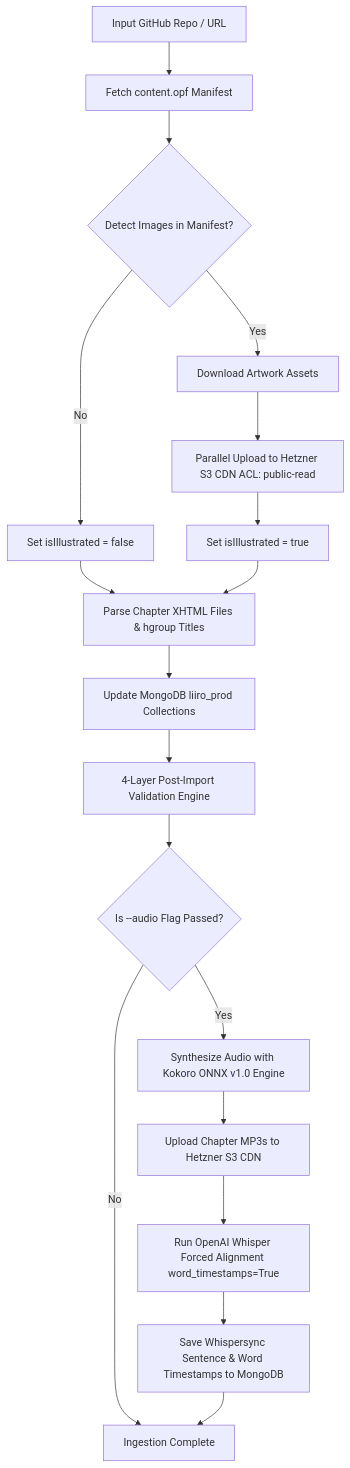
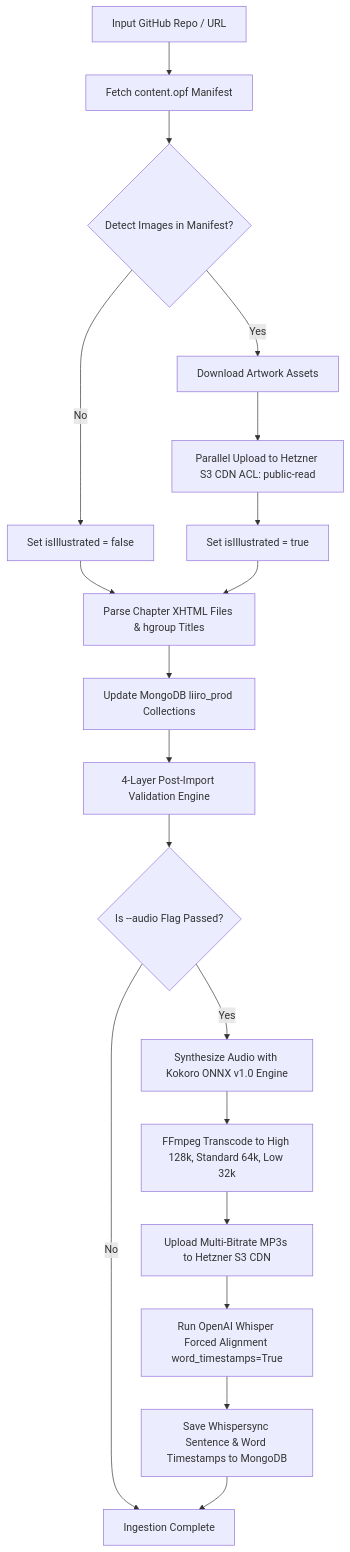
The diagram in backend/docs/STANDARD_EBOOKS_INGESTION_GUIDE.md (AiOpsCamp/liiro-ebook), drawn with Mermaid before and after one commit. The commit also changed other lines of this file, not shown here.

Commit message:
Added batch ingestion workflow guide for 5+ books

````diff
--- a/backend/docs/STANDARD_EBOOKS_INGESTION_GUIDE.md
+++ b/backend/docs/STANDARD_EBOOKS_INGESTION_GUIDE.md
@@ -53,20 +98,21 @@
 ```mermaid
 flowchart TD
     A[Input GitHub Repo / URL] --> B[Fetch content.opf Manifest]
     B --> C{Detect Images in Manifest?}
     C -- Yes --> D[Download Artwork Assets]
     D --> E[Parallel Upload to Hetzner S3 CDN ACL: public-read]
     C -- No --> F[Set isIllustrated = false]
     E --> G[Set isIllustrated = true]
     F --> H[Parse Chapter XHTML Files & hgroup Titles]
     G --> H
     H --> I[Update MongoDB liiro_prod Collections]
     I --> J[4-Layer Post-Import Validation Engine]
     J --> K{Is --audio Flag Passed?}
     K -- Yes --> L[Synthesize Audio with Kokoro ONNX v1.0 Engine]
-    L --> M[Upload Chapter MP3s to Hetzner S3 CDN]
-    M --> N[Run OpenAI Whisper Forced Alignment word_timestamps=True]
-    N --> O[Save Whispersync Sentence & Word Timestamps to MongoDB]
-    K -- No --> P[Ingestion Complete]
-    O --> P
+    L --> M[FFmpeg Transcode to High 128k, Standard 64k, Low 32k]
+    M --> N[Upload Multi-Bitrate MP3s to Hetzner S3 CDN]
+    N --> O[Run OpenAI Whisper Forced Alignment word_timestamps=True]
+    O --> P[Save Whispersync Sentence & Word Timestamps to MongoDB]
+    K -- No --> Q[Ingestion Complete]
+    P --> Q
 ```
````
